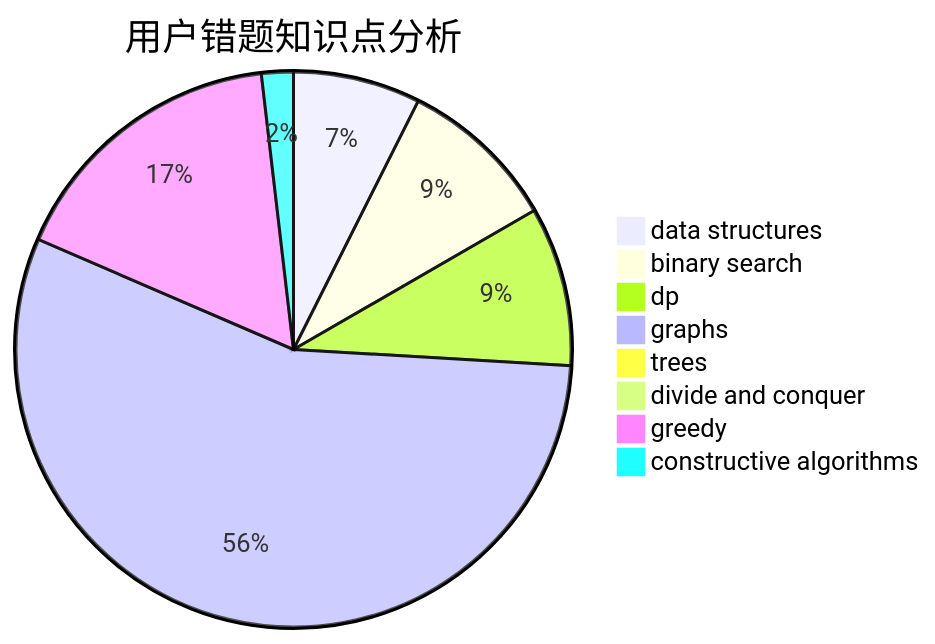
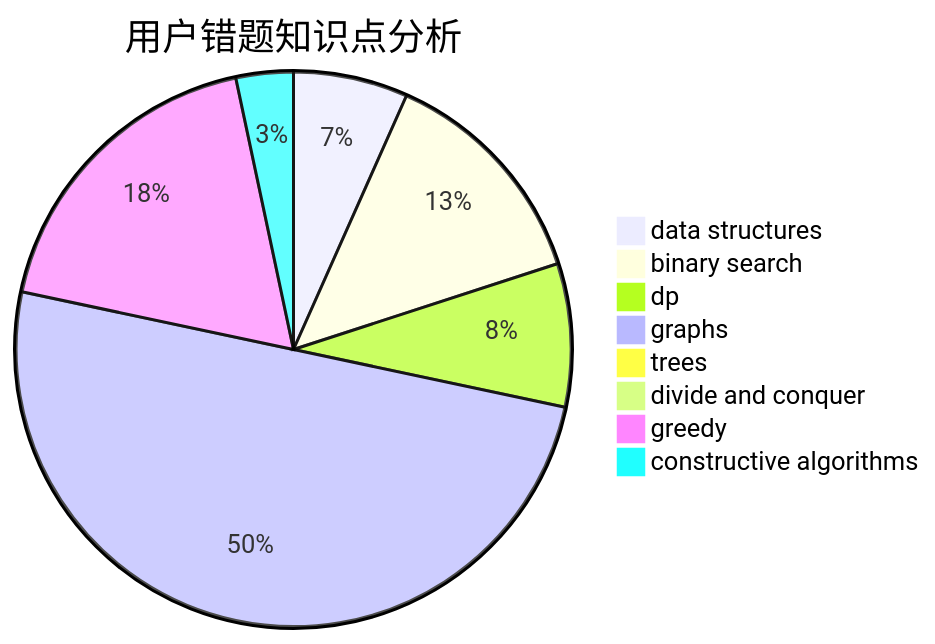
The third of 3 diagrams in docs/user/u2580.md (sherpahu/cfrs.github.io), drawn with Mermaid before and after one commit. The commit also changed other lines of this file and 2770 other files, not shown here.

````diff
--- a/docs/user/u2580.md
+++ b/docs/user/u2580.md
@@ -36,11 +36,11 @@
 ```mermaid
 pie title 用户错题知识点分析
     "data structures" :  4
-    "binary search" :  5
+    "binary search" :  8
     "dp" :  5
     "graphs" :  30
     "trees" :  0
     "divide and conquer" :  0
-    "greedy" :  9
-    "constructive algorithms" :  1
+    "greedy" :  11
+    "constructive algorithms" :  2
 ```
````
